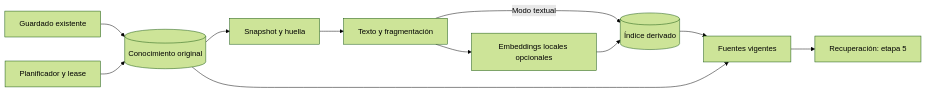
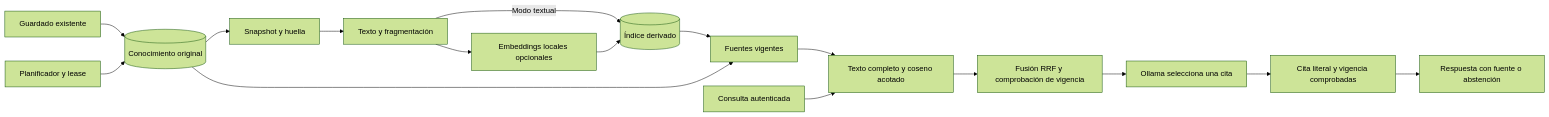
One commit to evagil/Base-de-conocimiento-Chatbot changed the diagram in docs/ARQUITECTURA_RAG.md. Above: the diagram before and after it, drawn with Mermaid (forest theme). The commit also changed other lines of this file and 31 other files, not shown here.

Commit message:
Completar etapa 5: busqueda hibrida y respuestas RAG con fuentes verificadas

````diff
--- a/docs/ARQUITECTURA_RAG.md
+++ b/docs/ARQUITECTURA_RAG.md
@@ -14,13 +14,18 @@
 ```mermaid
 flowchart LR
     CRUD[Guardado existente] --> Datos[(Conocimiento original)]
     Barrido[Planificador y lease] --> Datos
     Datos --> Snapshot[Snapshot y huella]
     Snapshot --> Fragmentos[Texto y fragmentación]
     Fragmentos --> Ollama[Embeddings locales opcionales]
     Fragmentos -->|Modo textual| Indice
     Ollama --> Indice[(Índice derivado)]
     Indice --> Vista[Fuentes vigentes]
     Datos --> Vista
-    Vista --> Futuro[Recuperación: etapa 5]
+    Vista --> Recuperacion[Texto completo y coseno acotado]
+    Pregunta[Consulta autenticada] --> Recuperacion
+    Recuperacion --> Fusion[Fusión RRF y comprobación de vigencia]
+    Fusion --> Modelo[Ollama selecciona una cita]
+    Modelo --> Validacion[Cita literal y vigencia comprobadas]
+    Validacion --> Respuesta[Respuesta con fuente o abstención]
 ```
````
